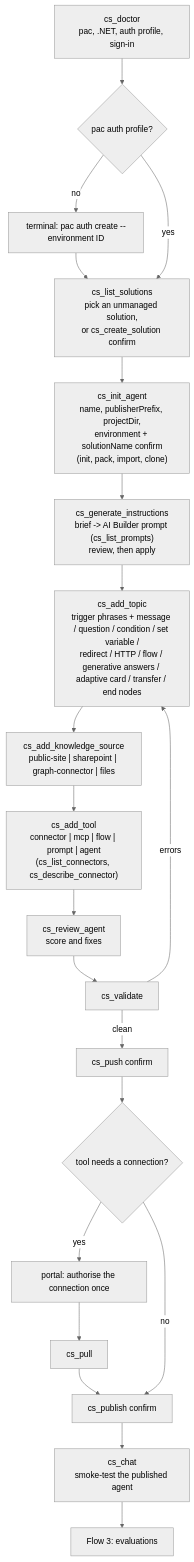
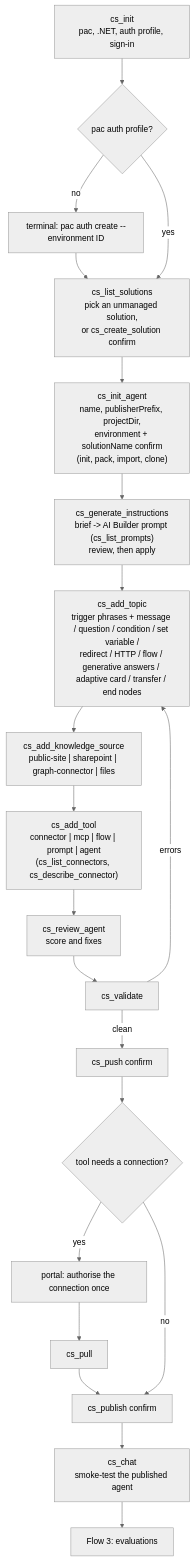
The second of 10 diagrams in docs/flows.md (jgt87/copilot-studio-mcp), drawn with Mermaid (neutral theme) before and after one commit. The commit also changed other lines of this file and 12 other files, not shown here.

First line of the commit message:
Rename cs_doctor to cs_init

````diff
--- a/docs/flows.md
+++ b/docs/flows.md
@@ -29,20 +29,20 @@
 ```mermaid
 flowchart TD
-    A["cs_doctor<br/>pac, .NET, auth profile, sign-in"] --> B{"pac auth profile?"}
+    A["cs_init<br/>pac, .NET, auth profile, sign-in"] --> B{"pac auth profile?"}
     B -- no --> B1["terminal: pac auth create --environment ID"] --> S
     B -- yes --> S["cs_list_solutions<br/>pick an unmanaged solution,<br/>or cs_create_solution confirm"]
     S --> C["cs_init_agent<br/>name, publisherPrefix, projectDir,<br/>environment + solutionName confirm<br/>(init, pack, import, clone)"]
     C --> D["cs_generate_instructions<br/>brief -> AI Builder prompt (cs_list_prompts)<br/>review, then apply"]
     D --> E["cs_add_topic<br/>trigger phrases + message / question / condition / set variable /<br/>redirect / HTTP / flow / generative answers / adaptive card / transfer / end nodes"]
     E --> F["cs_add_knowledge_source<br/>public-site | sharepoint | graph-connector | files"]
     F --> G["cs_add_tool<br/>connector | mcp | flow | prompt | agent<br/>(cs_list_connectors, cs_describe_connector)"]
     G --> R["cs_review_agent<br/>score and fixes"]
     R --> H["cs_validate"]
     H -- errors --> E
     H -- clean --> I["cs_push confirm"]
     I --> J{"tool needs a connection?"}
     J -- yes --> J1["portal: authorise the connection once"] --> J2["cs_pull"] --> K
     J -- no --> K["cs_publish confirm"]
     K --> L["cs_chat<br/>smoke-test the published agent"]
     L --> M["Flow 3: evaluations"]
 ```
````
